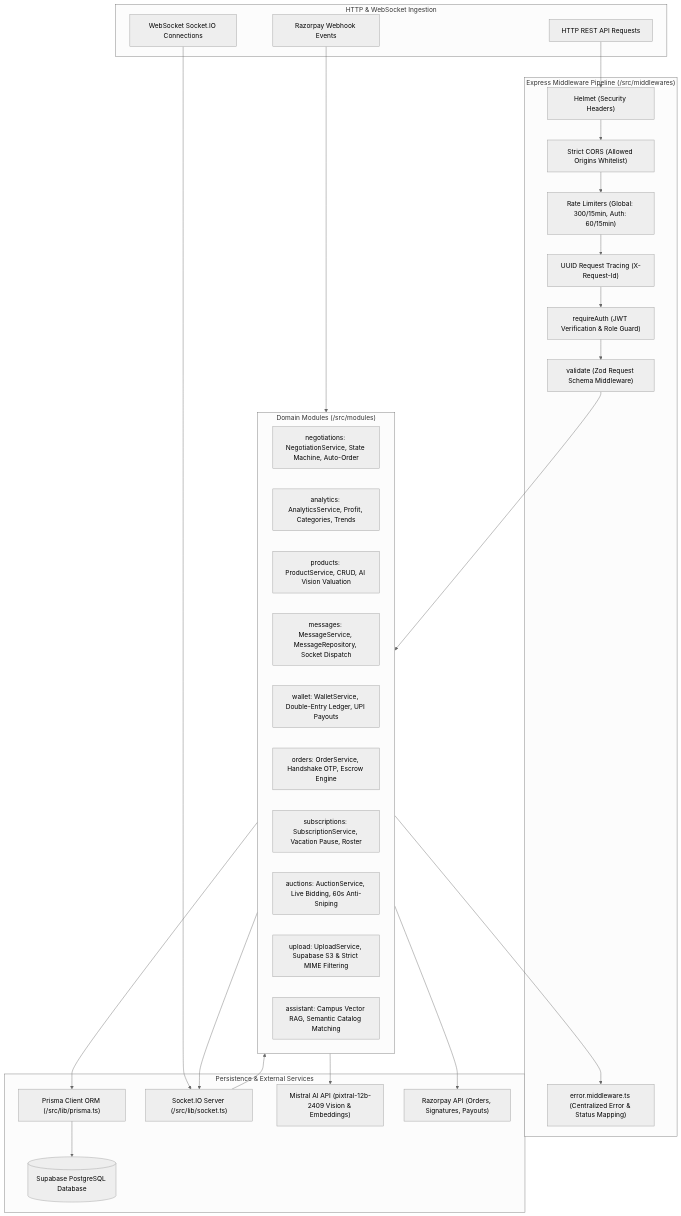
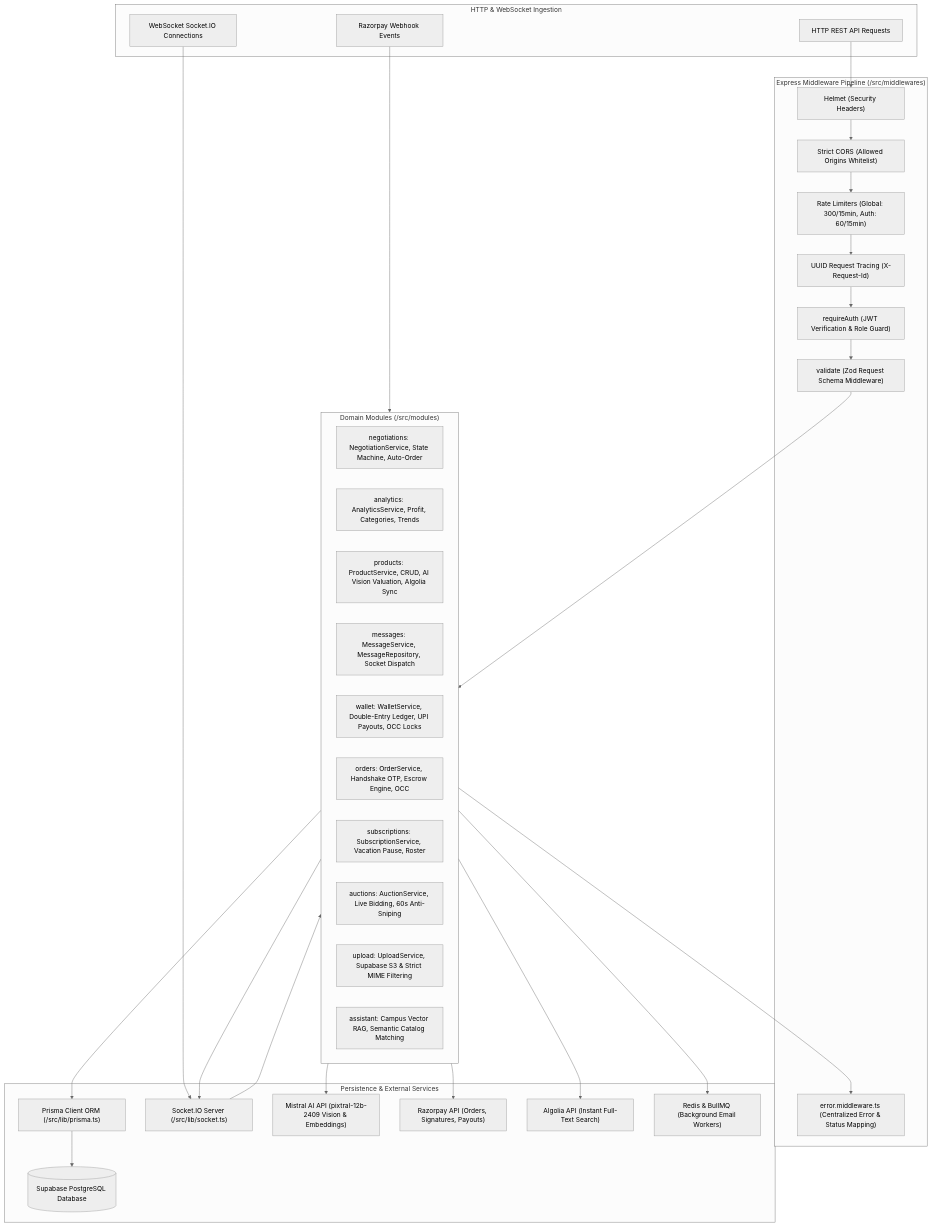
The first of 6 diagrams in ARCHITECTURE.md (AnujPratap-96/College-Market-Place-Backend), drawn with Mermaid (neutral theme) before and after one commit. The commit also changed 34 other files, not shown here.

Commit message:
Added BullMq and Redis for queue system also added algolia search

````diff
--- a/ARCHITECTURE.md
+++ b/ARCHITECTURE.md
@@ -15,49 +15,53 @@
 ```mermaid
 graph TD
     subgraph ClientRequests["HTTP & WebSocket Ingestion"]
         HTTPSRequests["HTTP REST API Requests"]
         WSSConnections["WebSocket Socket.IO Connections"]
         Webhooks["Razorpay Webhook Events"]
     end
 
     subgraph SecurityAndMiddleware["Express Middleware Pipeline (/src/middlewares)"]
         Helmet["Helmet (Security Headers)"]
         CORS["Strict CORS (Allowed Origins Whitelist)"]
         RateLimit["Rate Limiters (Global: 300/15min, Auth: 60/15min)"]
         TraceID["UUID Request Tracing (X-Request-Id)"]
         AuthMid["requireAuth (JWT Verification & Role Guard)"]
         ValidateMid["validate (Zod Request Schema Middleware)"]
         ErrorHandler["error.middleware.ts (Centralized Error & Status Mapping)"]
     end
 
     subgraph DomainModules["Domain Modules (/src/modules)"]
         Negotiations["negotiations: NegotiationService, State Machine, Auto-Order"]
         Analytics["analytics: AnalyticsService, Profit, Categories, Trends"]
-        Products["products: ProductService, CRUD, AI Vision Valuation"]
+        Products["products: ProductService, CRUD, AI Vision Valuation, Algolia Sync"]
         Messages["messages: MessageService, MessageRepository, Socket Dispatch"]
-        Wallet["wallet: WalletService, Double-Entry Ledger, UPI Payouts"]
-        Orders["orders: OrderService, Handshake OTP, Escrow Engine"]
+        Wallet["wallet: WalletService, Double-Entry Ledger, UPI Payouts, OCC Locks"]
+        Orders["orders: OrderService, Handshake OTP, Escrow Engine, OCC"]
         Subscriptions["subscriptions: SubscriptionService, Vacation Pause, Roster"]
         Auctions["auctions: AuctionService, Live Bidding, 60s Anti-Sniping"]
         Upload["upload: UploadService, Supabase S3 & Strict MIME Filtering"]
         Assistant["assistant: Campus Vector RAG, Semantic Catalog Matching"]
     end
 
     subgraph DataAndExternal["Persistence & External Services"]
         PrismaClient["Prisma Client ORM (/src/lib/prisma.ts)"]
         PostgresDB[("Supabase PostgreSQL Database")]
         SocketServer["Socket.IO Server (/src/lib/socket.ts)"]
         MistralAI["Mistral AI API (pixtral-12b-2409 Vision & Embeddings)"]
         RazorpayAPI["Razorpay API (Orders, Signatures, Payouts)"]
+        Algolia["Algolia API (Instant Full-Text Search)"]
+        RedisBullMQ["Redis & BullMQ (Background Email Workers)"]
     end
 
     HTTPSRequests --> Helmet --> CORS --> RateLimit --> TraceID --> AuthMid --> ValidateMid --> DomainModules
     WSSConnections --> SocketServer --> DomainModules
     Webhooks --> DomainModules
 
     DomainModules --> PrismaClient --> PostgresDB
     DomainModules --> SocketServer
     DomainModules --> MistralAI
     DomainModules --> RazorpayAPI
+    DomainModules --> Algolia
+    DomainModules --> RedisBullMQ
     DomainModules --> ErrorHandler
 ```
````
